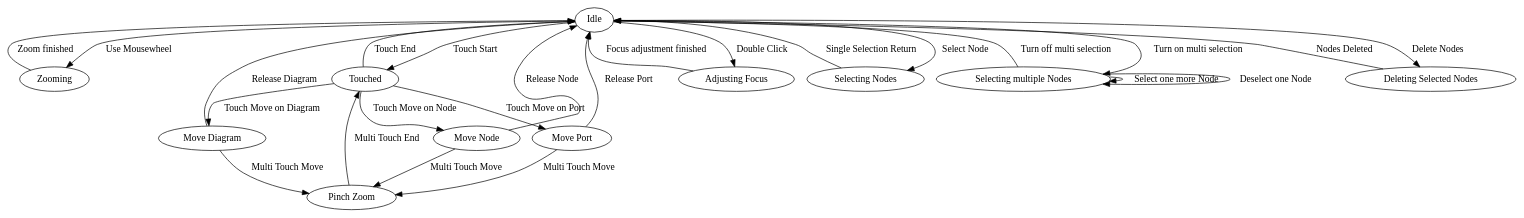
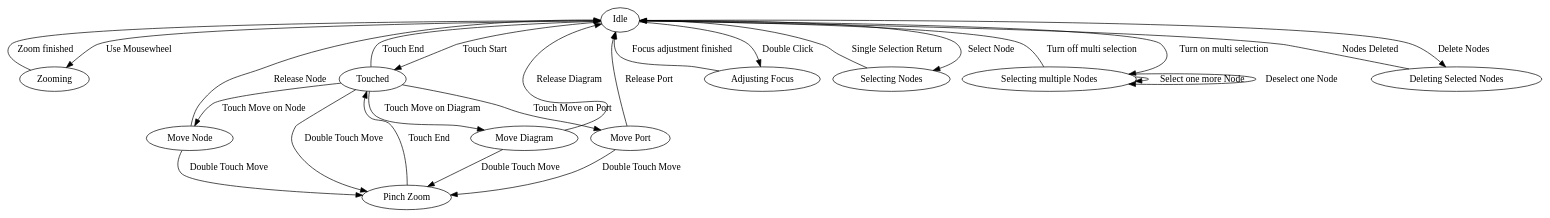
Before and after one commit to Oppodelldog/touch-graph: the diagram in src/Flow/states.dot, drawn with Graphviz. The commit also changed 9 other files, not shown here.

Commit message:
add pinch zoom for touch devices

```diff
--- a/src/Flow/states.dot
+++ b/src/Flow/states.dot
@@ -1,31 +1,33 @@
 digraph {
     "Idle" -> "Zooming" [ label = "Use Mousewheel" ]
     "Zooming" -> "Idle" [ label = "Zoom finished" ]
 
     "Idle"         -> "Touched"      [ label = "Touch Start" ]
     "Touched"      -> "Move Diagram" [ label = "Touch Move on Diagram" ]
     "Touched"      -> "Move Node"    [ label = "Touch Move on Node" ]
     "Touched"      -> "Move Port"    [ label = "Touch Move on Port" ]
-    "Move Diagram" -> "Pinch Zoom"   [ label = "Multi Touch Move" ]
+    "Touched"      -> "Pinch Zoom"   [ label = "Double Touch Move" ]
+    "Touched"      -> "Idle"         [ label = "Touch End" ]
+    "Move Diagram" -> "Pinch Zoom"   [ label = "Double Touch Move" ]
     "Move Diagram" -> "Idle"         [ label = "Release Diagram" ]
-    "Move Node"    -> "Pinch Zoom"   [ label = "Multi Touch Move" ]
+    "Move Node"    -> "Pinch Zoom"   [ label = "Double Touch Move" ]
     "Move Node"    -> "Idle"         [ label = "Release Node" ]
-    "Move Port"    -> "Pinch Zoom"   [ label = "Multi Touch Move" ]
+    "Move Port"    -> "Pinch Zoom"   [ label = "Double Touch Move" ]
     "Move Port"    -> "Idle"         [ label = "Release Port" ]
-    "Pinch Zoom"   -> "Touched"      [ label = "Multi Touch End" ]
-    "Touched"      -> "Idle"         [ label = "Touch End" ]
+    "Pinch Zoom"   -> "Touched"      [ label = "Touch End" ]
+
 
     "Idle" -> "Adjusting Focus" [ label = "Double Click" ]
     "Adjusting Focus" -> "Idle" [ label = "Focus adjustment finished" ]
 
     "Idle" -> "Selecting Nodes" [ label = "Select Node" ]
     "Selecting Nodes" -> "Idle" [ label = "Single Selection Return" ]
 
     "Idle" -> "Selecting multiple Nodes" [ label = "Turn on multi selection" ]
     "Selecting multiple Nodes" -> "Selecting multiple Nodes" [ label = "Select one more Node" ]
     "Selecting multiple Nodes" -> "Selecting multiple Nodes" [ label = "Deselect one Node" ]
     "Selecting multiple Nodes" -> "Idle" [ label = "Turn off multi selection" ]
 
     "Idle" -> "Deleting Selected Nodes" [ label = "Delete Nodes" ]
     "Deleting Selected Nodes" -> "Idle" [ label = "Nodes Deleted" ]
 }
```
